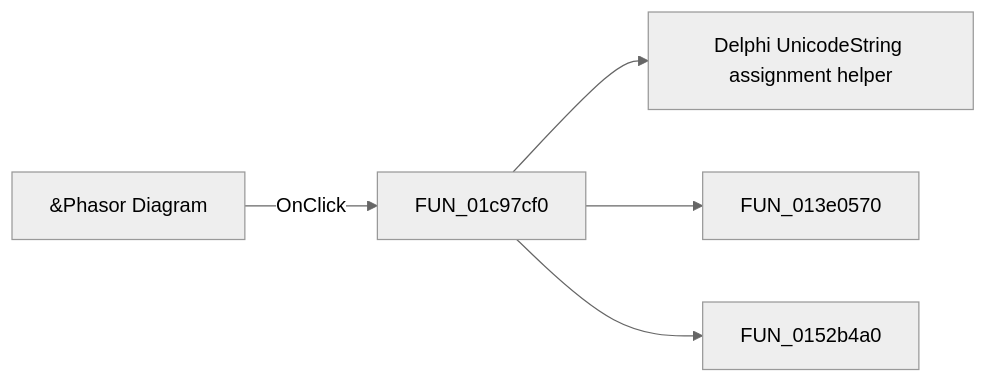
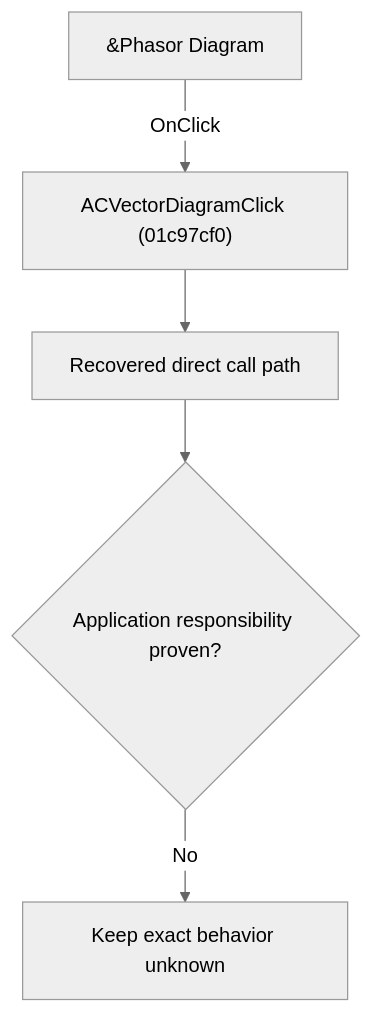
Before and after one commit to MovGP0/TIARA: the diagram in docs/ui-controls/schematiceditor/acvectordiagram-905199f50d.md, drawn with Mermaid (neutral theme). The commit also changed other lines of this file and 1062 other files, not shown here.

````diff
--- a/docs/ui-controls/schematiceditor/acvectordiagram-905199f50d.md
+++ b/docs/ui-controls/schematiceditor/acvectordiagram-905199f50d.md
@@ -27,7 +27,7 @@
 ```mermaid
-flowchart LR
-    control["&Phasor Diagram"] -->|OnClick| handler["FUN_01c97cf0"]
-    handler --> call1["Delphi UnicodeString assignment helper"]
-    handler --> call2["FUN_013e0570"]
-    handler --> call3["FUN_0152b4a0"]
+flowchart TD
+    control["&Phasor Diagram"] -->|"OnClick"| handler["ACVectorDiagramClick (01c97cf0)"]
+    handler --> recovered["Recovered direct call path"]
+    recovered --> gap{"Application responsibility proven?"}
+    gap -->|"No"| blocked["Keep exact behavior unknown"]
 ```
````
